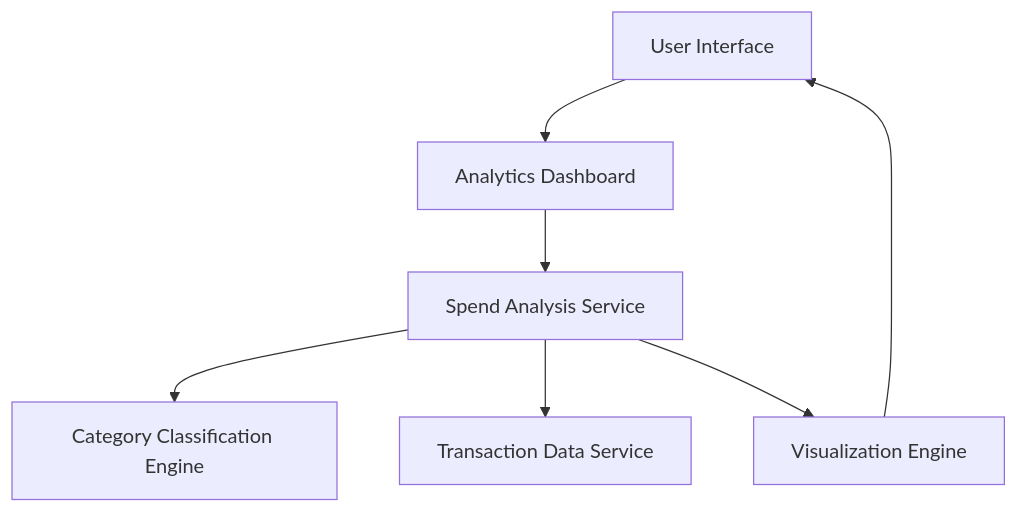
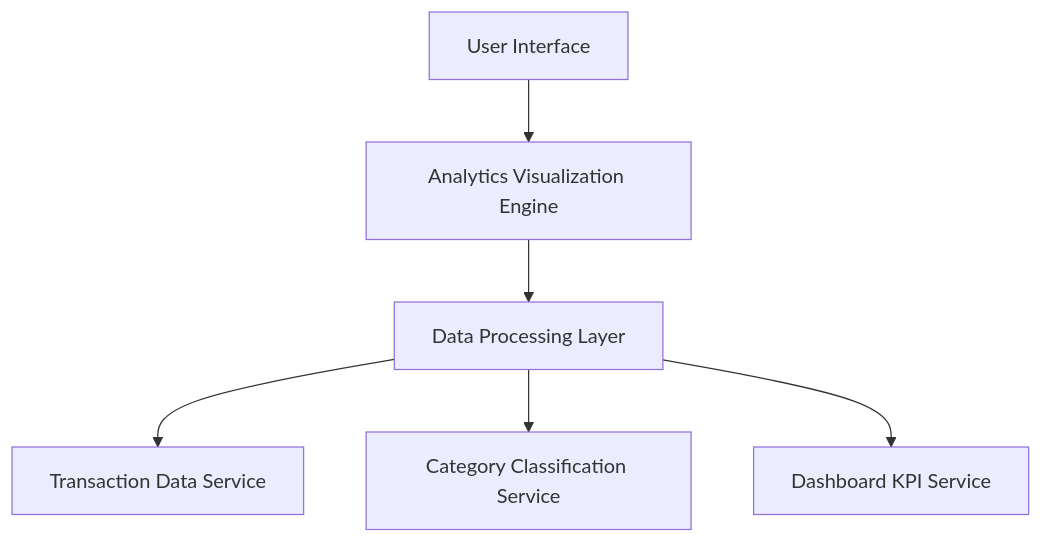
One commit to AAVA-Demo/APB_Demo changed the diagram in HLD/QE-7737_HLD.md. Above: the diagram before and after it, drawn with Mermaid. The commit also changed other lines of this file and 5 other files, not shown here.

````diff
--- a/HLD/QE-7737_HLD.md
+++ b/HLD/QE-7737_HLD.md
@@ -7,15 +7,14 @@
 ```mermaid
 flowchart TD
     A["User Interface"]
-    B["Analytics Dashboard"]
-    C["Spend Analysis Service"]
-    D["Category Classification Engine"]
-    E["Transaction Data Service"]
-    F["Visualization Engine"]
+    B["Analytics Visualization Engine"]
+    C["Transaction Data Service"]
+    D["Category Classification Service"]
+    E["Dashboard KPI Service"]
+    F["Data Processing Layer"]
     A --> B
-    B --> C
-    C --> D
-    C --> E
-    C --> F
-    F --> A
+    B --> F
+    F --> C
+    F --> D
+    F --> E
 ```
````
